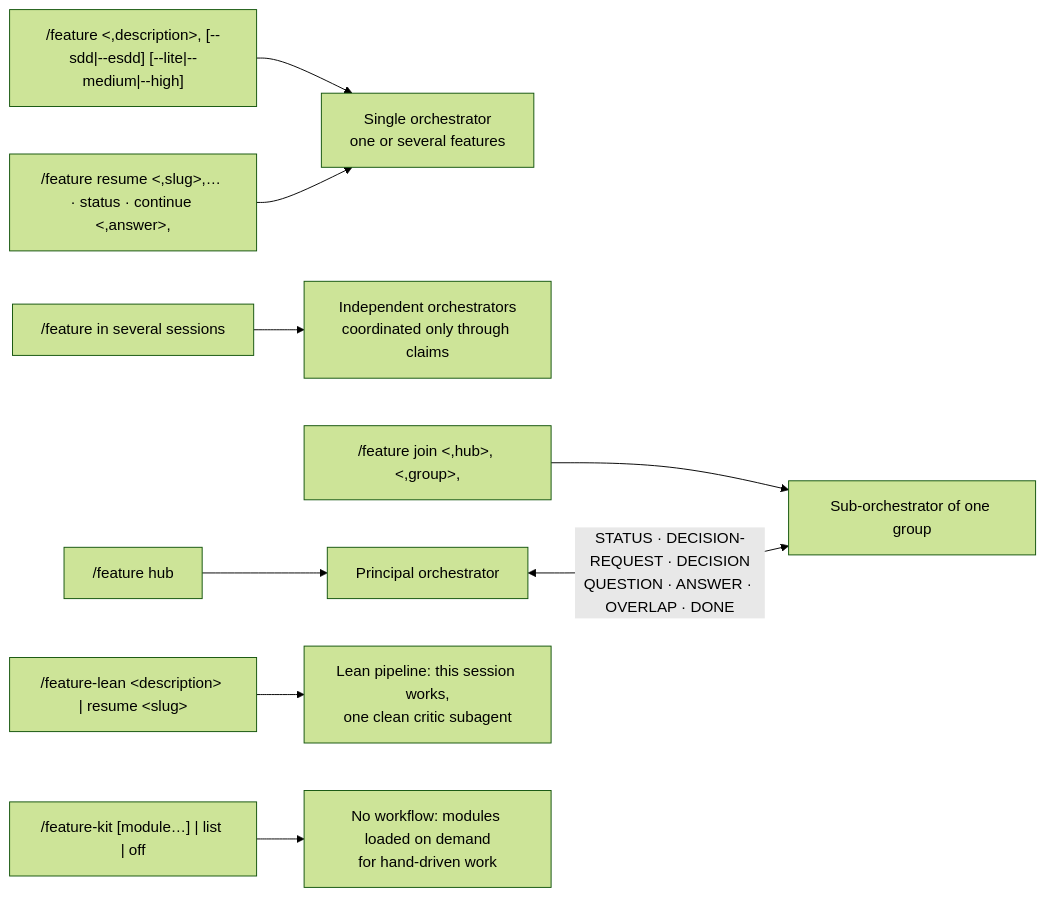
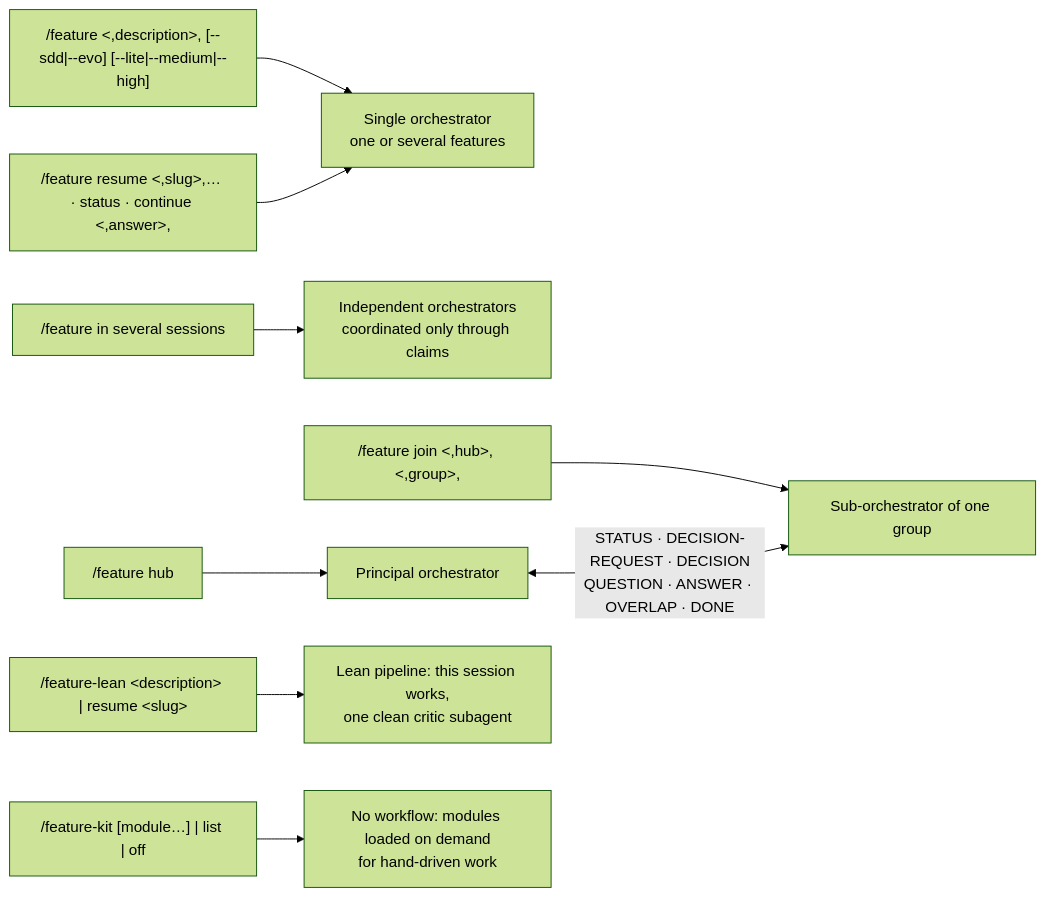
Before and after one commit to mariopedemonte12/claude-feature-workflow: the second of 11 diagrams in docs/architecture.md, drawn with Mermaid (forest theme). The commit also changed other lines of this file and 23 other files, not shown here.

````diff
--- a/docs/architecture.md
+++ b/docs/architecture.md
@@ -84,11 +84,11 @@
 ```mermaid
 flowchart LR
-    C1["/feature &lt,description&gt, [--sdd|--esdd] [--lite|--medium|--high]"] --> M1["Single orchestrator<br/>one or several features"]
+    C1["/feature &lt,description&gt, [--sdd|--evo] [--lite|--medium|--high]"] --> M1["Single orchestrator<br/>one or several features"]
     C2["/feature resume &lt,slug&gt,… · status · continue &lt,answer&gt,"] --> M1
     C3["/feature in several sessions"] --> M2["Independent orchestrators<br/>coordinated only through claims"]
     C4["/feature hub"] --> M3["Principal orchestrator"]
     C5["/feature join &lt,hub&gt, &lt,group&gt,"] --> M4["Sub-orchestrator of one group"]
     M3 <-->|"STATUS · DECISION-REQUEST · DECISION<br/>QUESTION · ANSWER · OVERLAP · DONE"| M4
     C7["/feature-lean &lt;description&gt; | resume &lt;slug&gt;"] --> M6["Lean pipeline: this session works,<br/>one clean critic subagent"]
     C6["/feature-kit [module…] | list | off"] --> M5["No workflow: modules loaded on demand<br/>for hand-driven work"]
 ```
````
